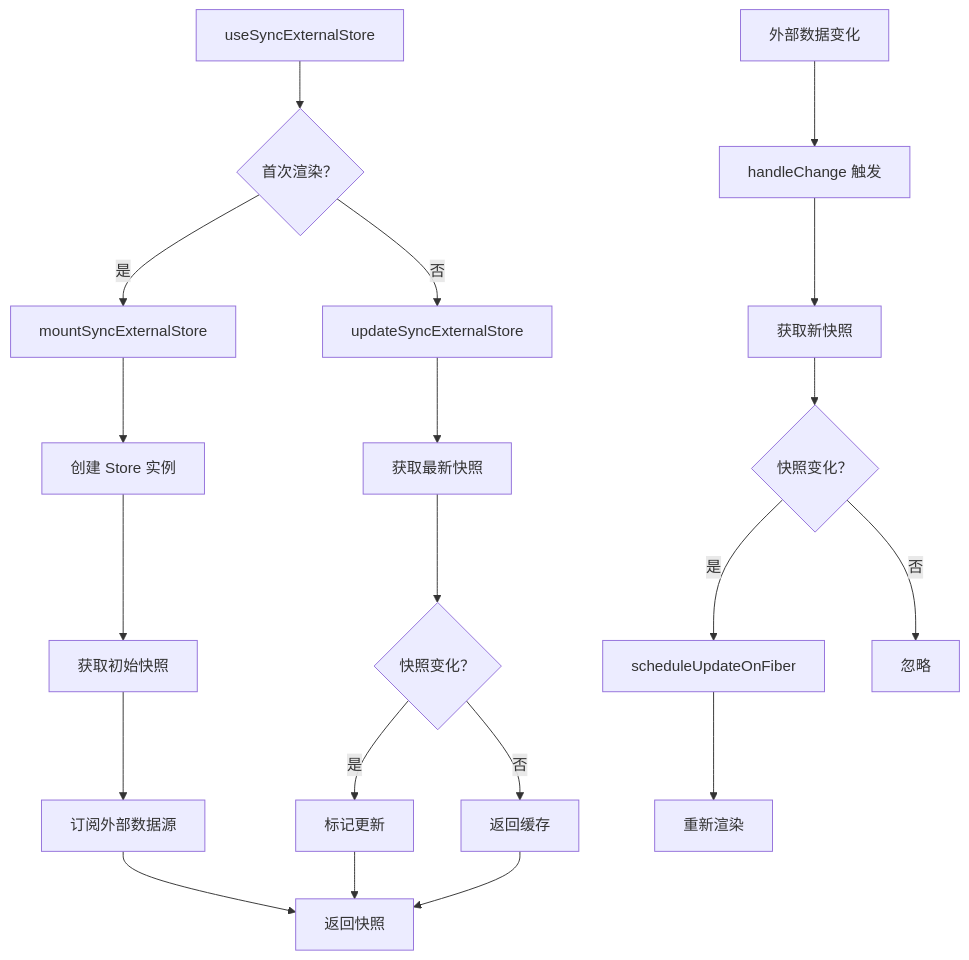
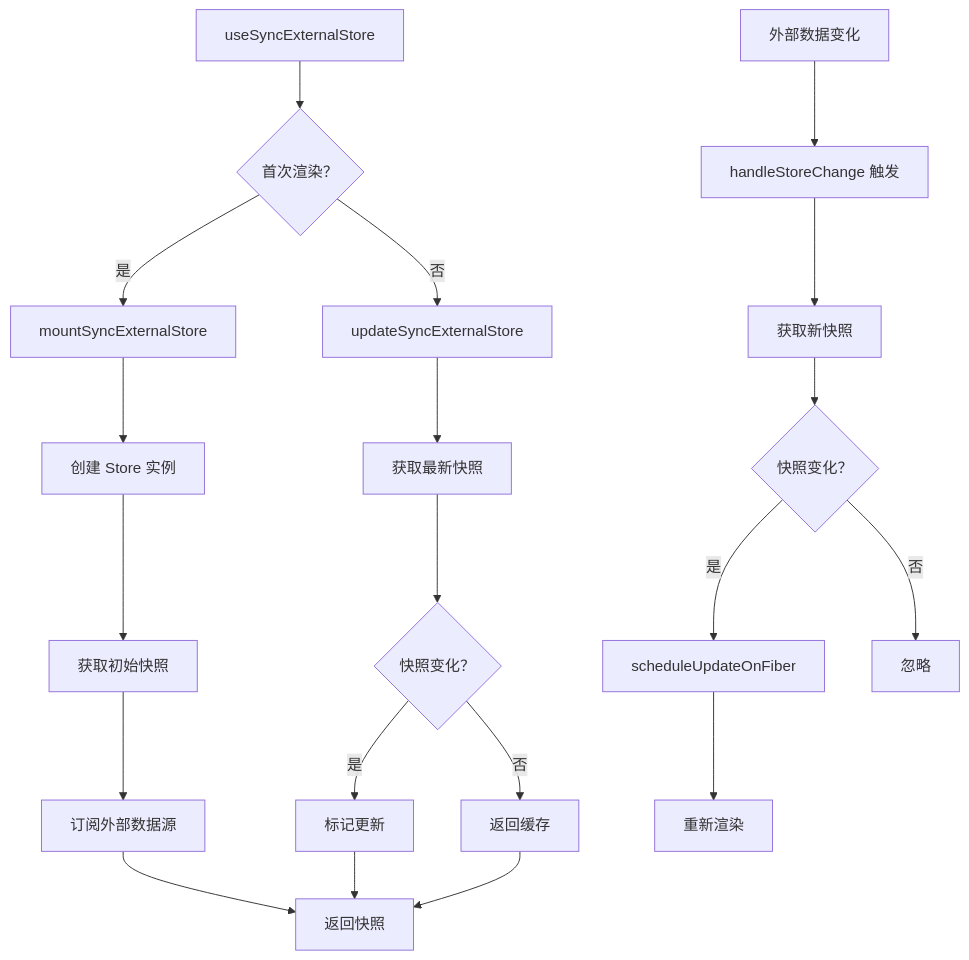
One commit to xuyuxiong/react-source-code-analysis changed the diagram in docs/implementation/use-sync-external-store.md. Above: the diagram before and after it, drawn with Mermaid. The commit also changed other lines of this file and 13 other files, not shown here.

````diff
--- a/docs/implementation/use-sync-external-store.md
+++ b/docs/implementation/use-sync-external-store.md
@@ -218,25 +198,24 @@
 ```mermaid
 graph TD
     A[useSyncExternalStore] --> B{首次渲染？}
     B -->|是 | C[mountSyncExternalStore]
-    B -->|否 | D[updateSyncExternalStore]
+    C --> D[创建 Store 实例]
+    D --> E[获取初始快照]
+    E --> F[订阅外部数据源]
+    F --> G[返回快照]
     
-    C --> E[创建 Store 实例]
-    E --> F[获取初始快照]
-    F --> G[订阅外部数据源]
-    G --> H[返回快照]
-    
-    D --> I[获取最新快照]
+    B -->|否 | H[updateSyncExternalStore]
+    H --> I[获取最新快照]
     I --> J{快照变化？}
     J -->|是 | K[标记更新]
     J -->|否 | L[返回缓存]
-    K --> H
-    L --> H
+    K --> G
+    L --> G
     
-    M[外部数据变化] --> N[handleChange 触发]
+    M[外部数据变化] --> N[handleStoreChange 触发]
     N --> O[获取新快照]
     O --> P{快照变化？}
     P -->|是 | Q[scheduleUpdateOnFiber]
     P -->|否 | R[忽略]
     Q --> S[重新渲染]
 ```
````
